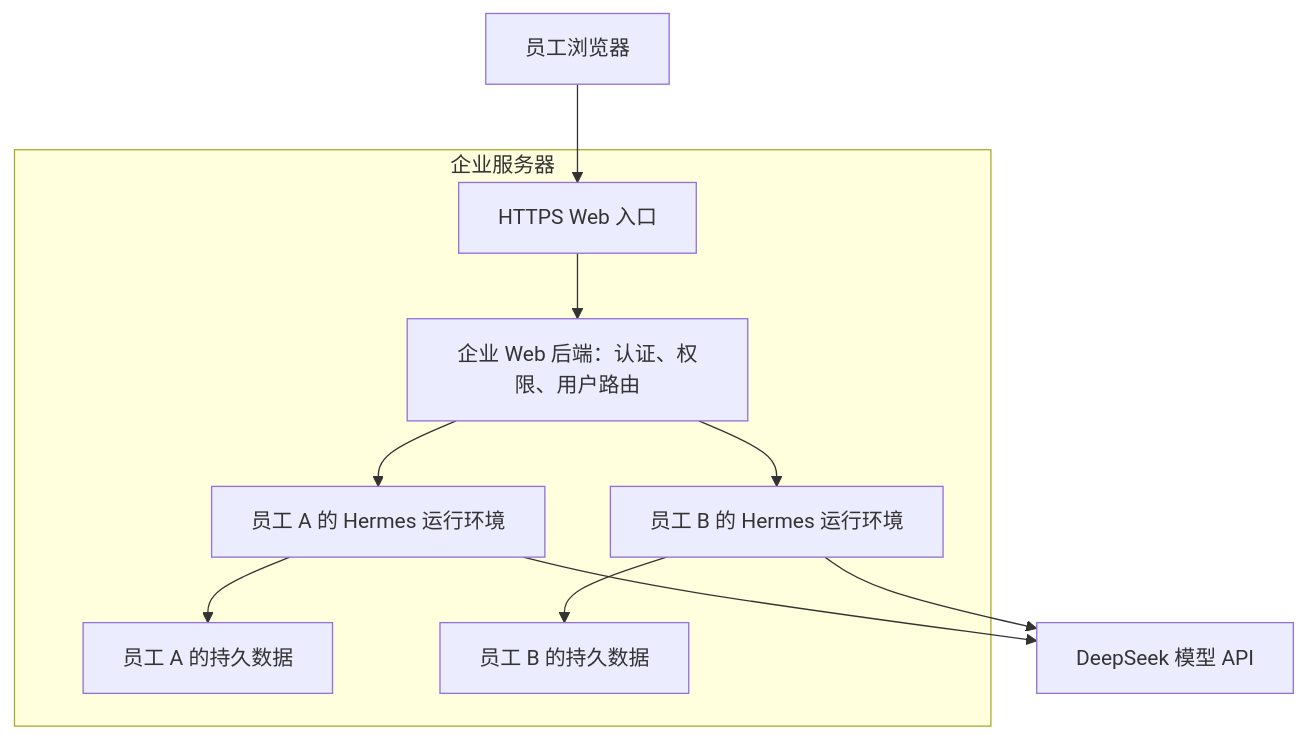
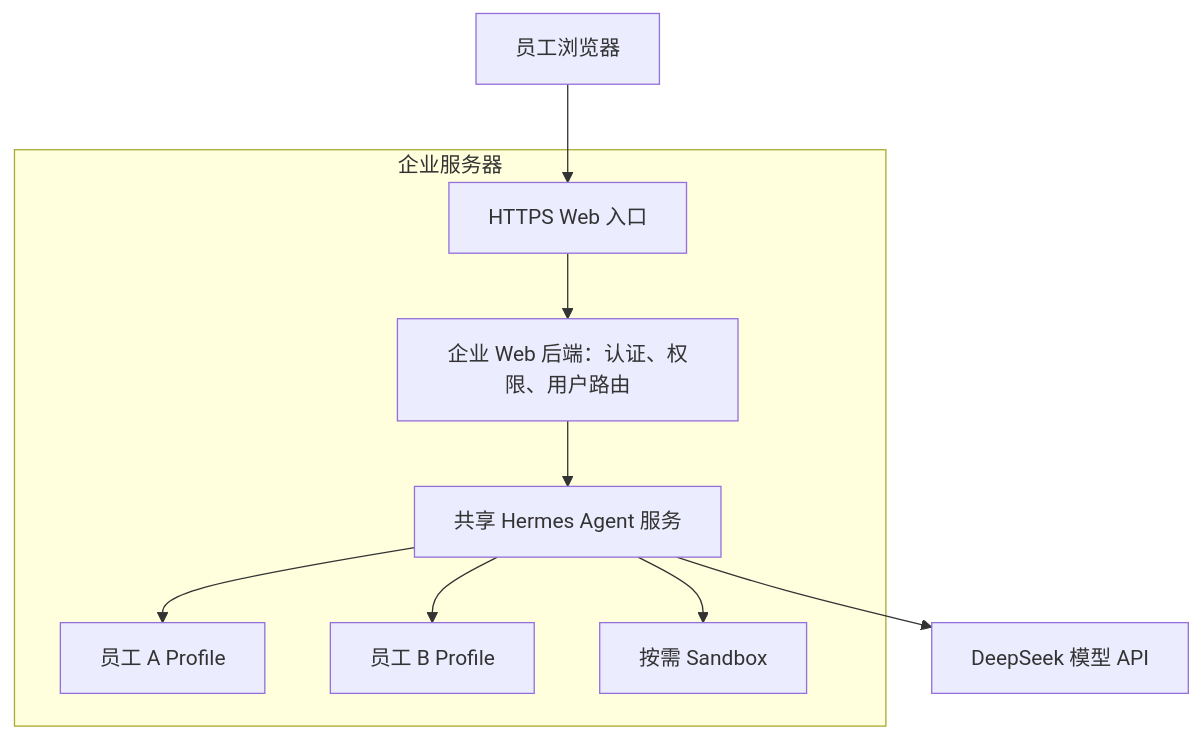
Before and after one commit to Ethan-Ceng/hermes-agent: the diagram in docs/hermes-enterprise-agent-assessment.md, drawn with Mermaid. The commit also changed other lines of this file and 1 other file, not shown here.

````diff
--- a/docs/hermes-enterprise-agent-assessment.md
+++ b/docs/hermes-enterprise-agent-assessment.md
@@ -185,13 +188,12 @@
 ```mermaid
 flowchart TD
     Browser[员工浏览器] --> Entry[HTTPS Web 入口]
     subgraph Server[企业服务器]
         Entry --> Backend[企业 Web 后端：认证、权限、用户路由]
-        Backend --> AgentA[员工 A 的 Hermes 运行环境]
-        Backend --> AgentB[员工 B 的 Hermes 运行环境]
-        AgentA --> DataA[员工 A 的持久数据]
-        AgentB --> DataB[员工 B 的持久数据]
+        Backend --> Agent[共享 Hermes Agent 服务]
+        Agent --> ProfileA[员工 A Profile]
+        Agent --> ProfileB[员工 B Profile]
+        Agent --> Sandbox[按需 Sandbox]
     end
-    AgentA --> Model[DeepSeek 模型 API]
-    AgentB --> Model
+    Agent --> Model[DeepSeek 模型 API]
 ```
````
